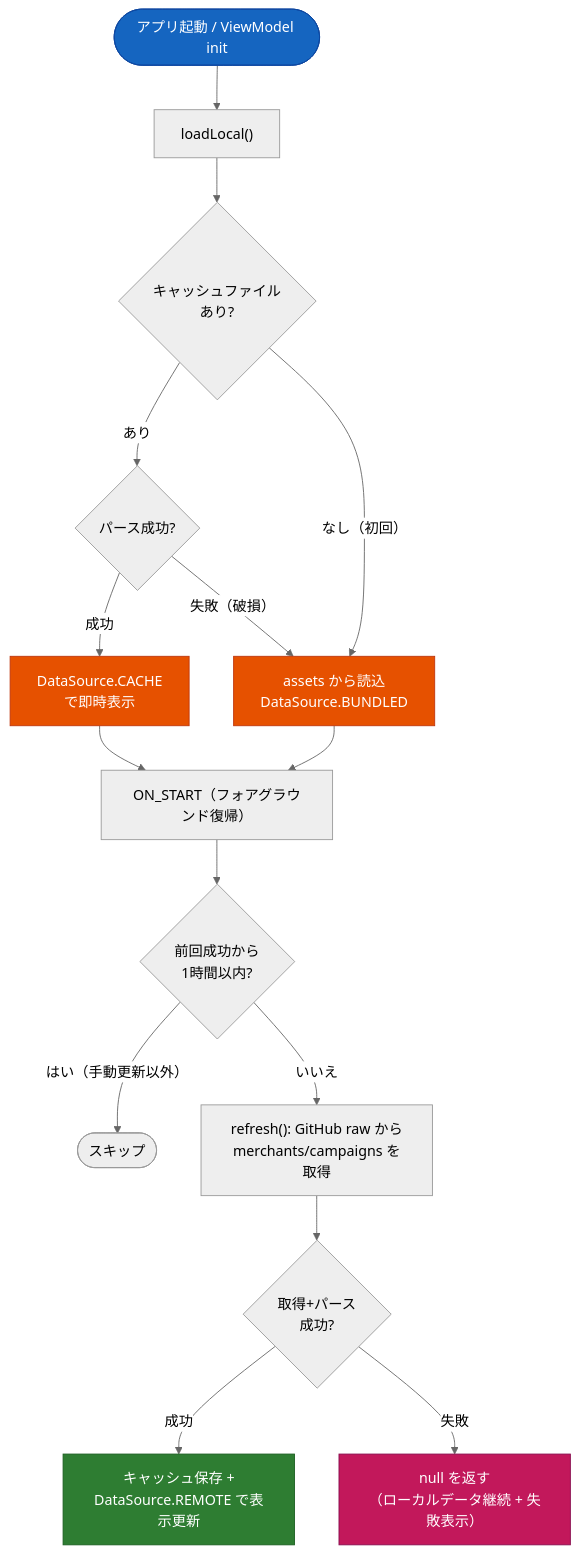
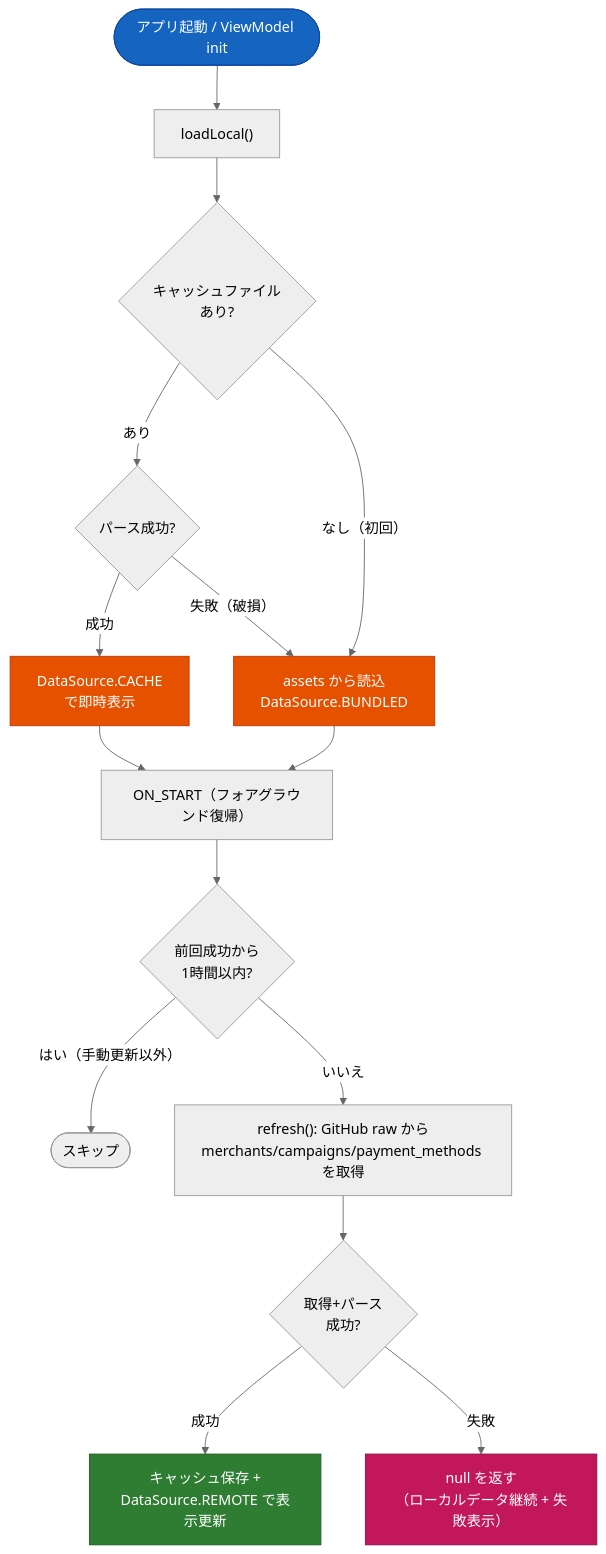
The third of 6 diagrams in docs/code-guide.md (ktakjm/poikatsu), drawn with Mermaid (neutral theme) before and after one commit. The commit also changed other lines of this file and 18 other files, not shown here.

First line of the commit message:
refactor: S-in 前リネーム: カード id 独立・payment_methods.json 化・type/issuer 整理 (#34)

````diff
--- a/docs/code-guide.md
+++ b/docs/code-guide.md
@@ -248,23 +249,23 @@
 ```mermaid
 flowchart TD
     START(["アプリ起動 / ViewModel init"]) --> LL["loadLocal()"]
     LL --> HASCACHE{"キャッシュファイル<br/>あり?"}
     HASCACHE -- "あり" --> PARSE1{"パース成功?"}
     PARSE1 -- "成功" --> CACHE["DataSource.CACHE<br/>で即時表示"]
     PARSE1 -- "失敗（破損）" --> BUNDLED["assets から読込<br/>DataSource.BUNDLED"]
     HASCACHE -- "なし（初回）" --> BUNDLED
     CACHE --> FG["ON_START（フォアグラウンド復帰）"]
     BUNDLED --> FG
     FG --> SKIP{"前回成功から<br/>1時間以内?"}
     SKIP -- "はい（手動更新以外）" --> NOP(["スキップ"])
-    SKIP -- "いいえ" --> FETCH["refresh(): GitHub raw から<br/>merchants/campaigns を取得"]
+    SKIP -- "いいえ" --> FETCH["refresh(): GitHub raw から<br/>merchants/campaigns/payment_methods を取得"]
     FETCH --> OK{"取得+パース<br/>成功?"}
     OK -- "成功" --> SAVE["キャッシュ保存 +<br/>DataSource.REMOTE で表示更新"]
     OK -- "失敗" --> KEEP["null を返す<br/>（ローカルデータ継続 + 失敗表示）"]
 
     style START fill:#1565C0,stroke:#0D47A1,color:#fff
     style SAVE fill:#2E7D32,stroke:#1B5E20,color:#fff
     style KEEP fill:#C2185B,stroke:#880E4F,color:#fff
     style BUNDLED fill:#E65100,stroke:#BF360C,color:#fff
     style CACHE fill:#E65100,stroke:#BF360C,color:#fff
 ```
````
